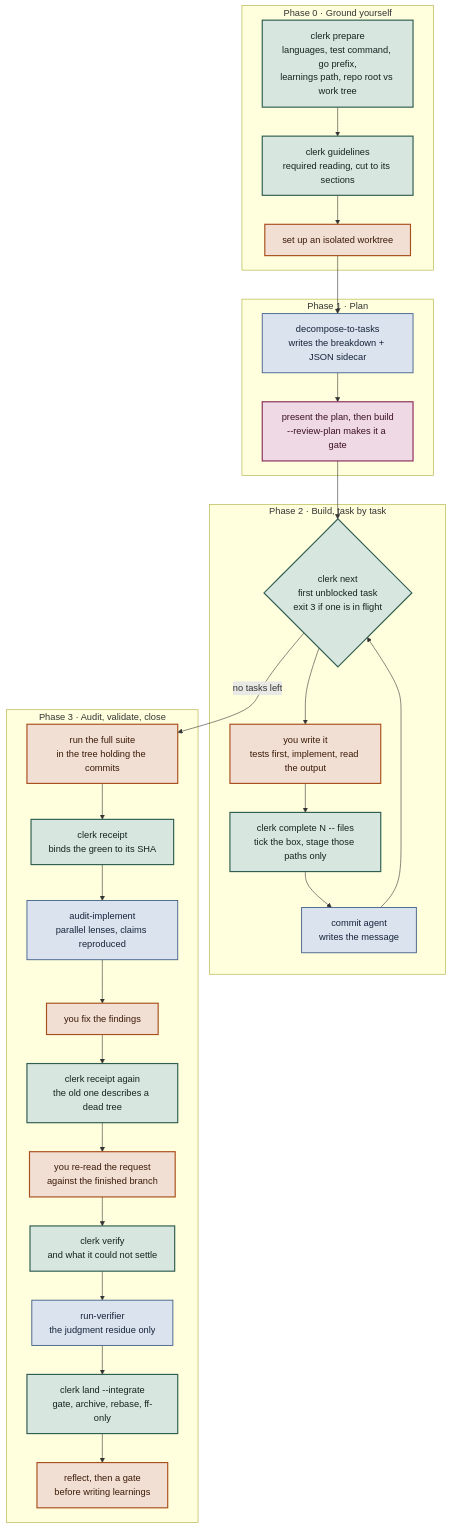
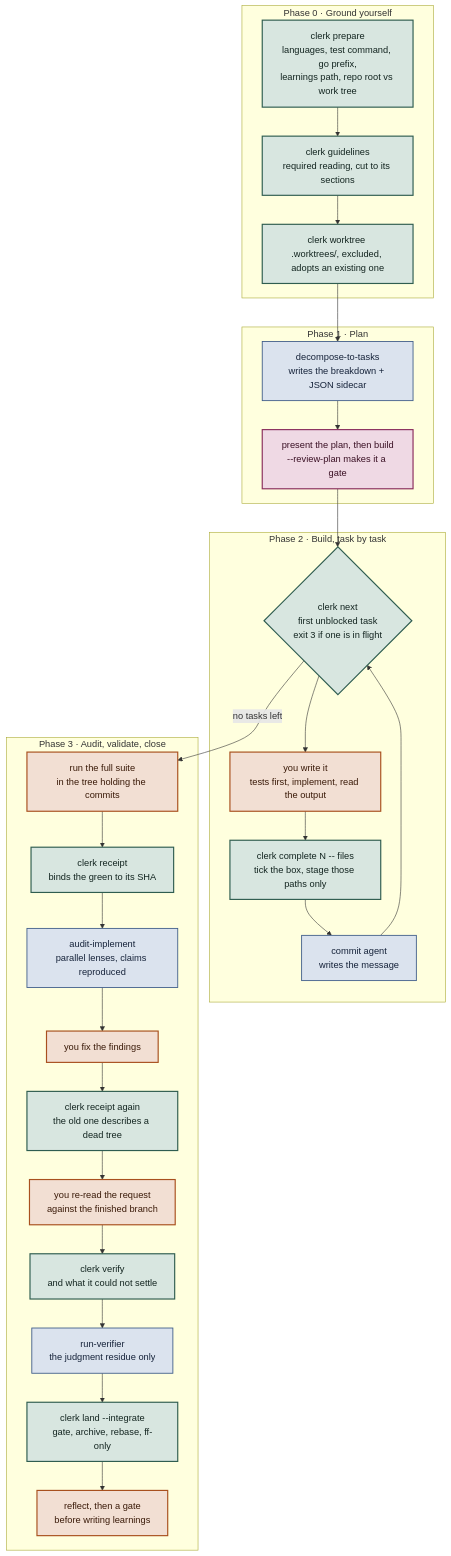
The first of 3 diagrams in link/common/dot-config/.config/ai/method/README.md (hpcsc/dotfiles), drawn with Mermaid before and after one commit. The commit also changed other lines of this file and 6 other files, not shown here.

First line of the commit message:
Make the run's worktree one command

````diff
--- a/link/common/dot-config/.config/ai/method/README.md
+++ b/link/common/dot-config/.config/ai/method/README.md
@@ -62,40 +62,40 @@
 ```mermaid
 flowchart TD
   subgraph P0["Phase 0 · Ground yourself"]
     A["clerk prepare<br/>languages, test command, go prefix,<br/>learnings path, repo root vs work tree"]
     A --> B["clerk guidelines<br/>required reading, cut to its sections"]
-    B --> C["set up an isolated worktree"]
+    B --> C["clerk worktree <name><br/>.worktrees/, excluded, adopts an existing one"]
   end
   subgraph P1["Phase 1 · Plan"]
     C --> D["decompose-to-tasks<br/>writes the breakdown + JSON sidecar"]
     D --> G1["present the plan, then build<br/>--review-plan makes it a gate"]
   end
   subgraph P2["Phase 2 · Build, task by task"]
     G1 --> E{"clerk next<br/>first unblocked task<br/>exit 3 if one is in flight"}
     E --> F["you write it<br/>tests first, implement, read the output"]
     F --> H["clerk complete N -- files<br/>tick the box, stage those paths only"]
     H --> I["commit agent<br/>writes the message"]
     I --> E
   end
   subgraph P3["Phase 3 · Audit, validate, close"]
     E -->|"no tasks left"| J["run the full suite<br/>in the tree holding the commits"]
     J --> K["clerk receipt<br/>binds the green to its SHA"]
     K --> L["audit-implement<br/>parallel lenses, claims reproduced"]
     L --> M["you fix the findings"]
     M --> N["clerk receipt again<br/>the old one describes a dead tree"]
     N --> O["you re-read the request<br/>against the finished branch"]
     O --> P["clerk verify<br/>and what it could not settle"]
     P --> Q["run-verifier<br/>the judgment residue only"]
     Q --> R["clerk land --integrate<br/>gate, archive, rebase, ff-only"]
     R --> S["reflect, then a gate<br/>before writing learnings"]
   end
   classDef clerk fill:#D8E6E0,stroke:#2F5D50,stroke-width:2px,color:#132520
   classDef you fill:#F2DFD3,stroke:#A8501E,stroke-width:2px,color:#3A1A08
   classDef agent fill:#DBE3EE,stroke:#3E5C88,stroke-width:1.5px,color:#16233A
   classDef gate fill:#EFD9E4,stroke:#8A2E5D,stroke-width:2px,color:#3A1024
-  class A,B,E,H,K,N,P,R clerk
-  class C,F,M,O,S you
+  class A,B,C,E,H,K,N,P,R clerk
+  class F,M,O,S you
   class D,I,L,Q agent
   class G1 gate
   class J you
 ```
````
